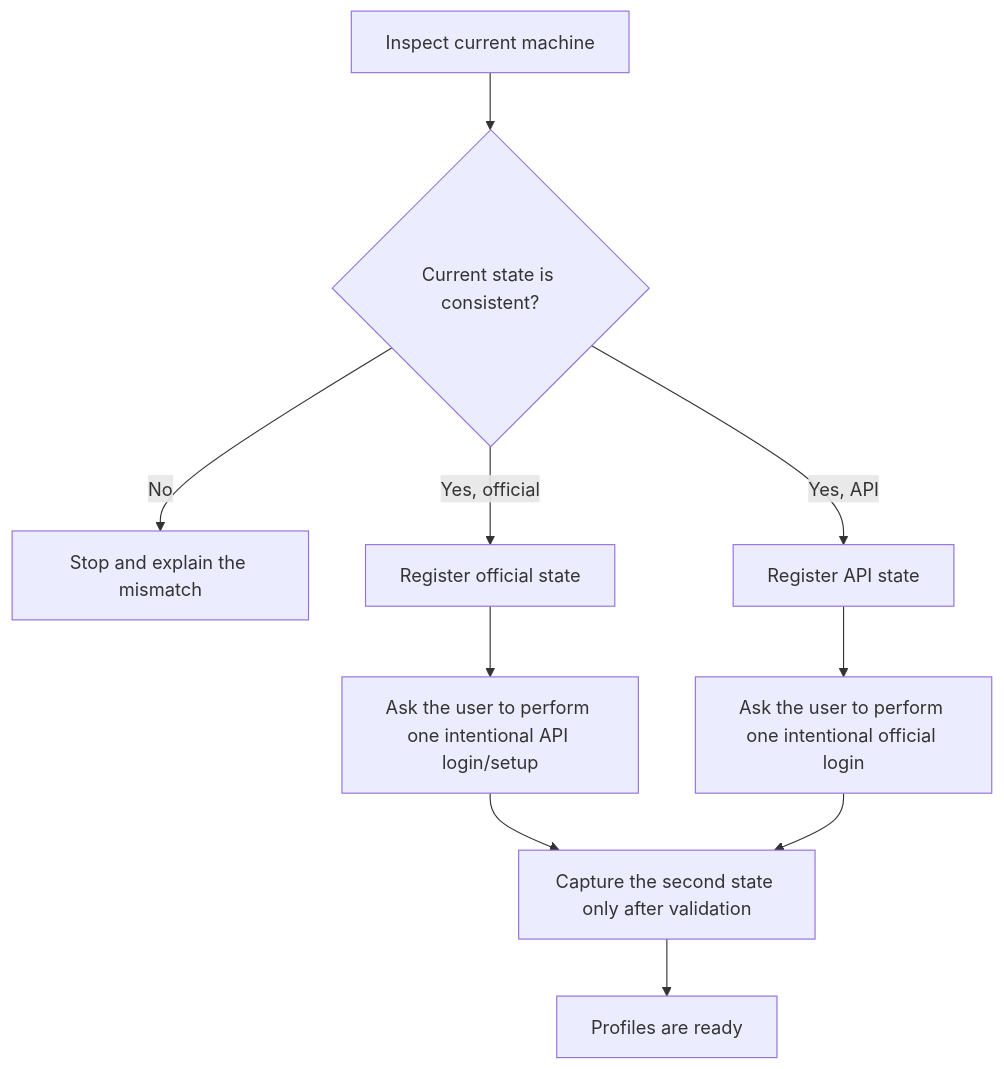
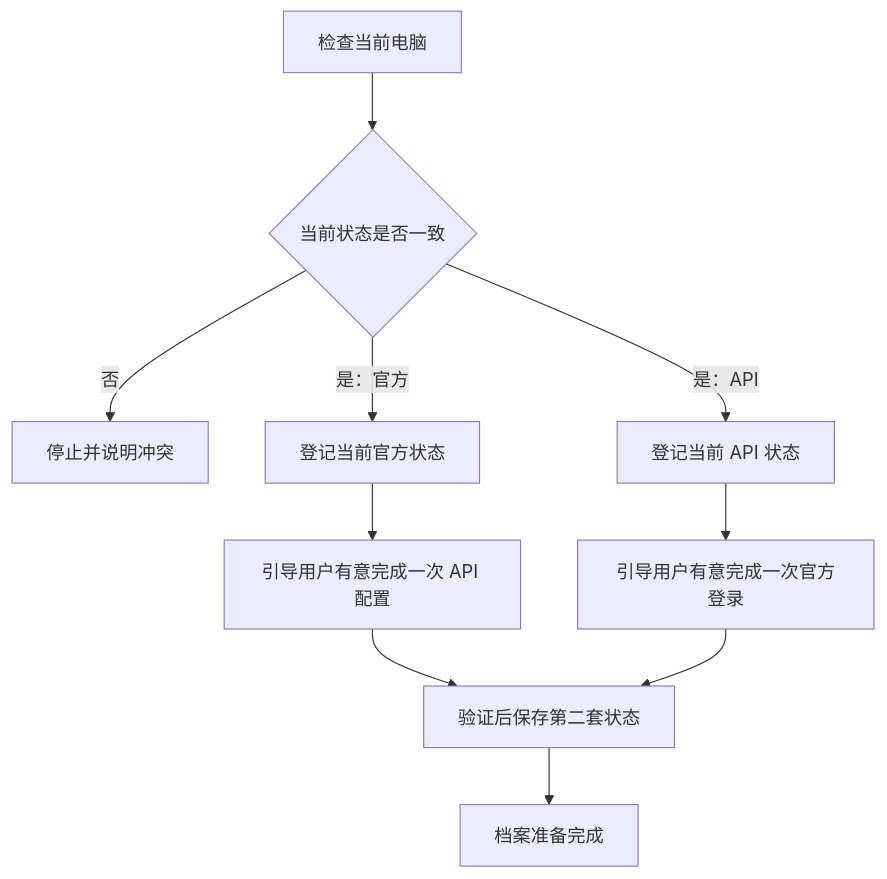
Before and after one commit to IIMovoMII/codex-auth-switching-field-guide: the second of 2 diagrams in README.md, drawn with Mermaid. The commit also changed other lines of this file and 28 other files, not shown here.

```diff
--- a/README.md
+++ b/README.md
@@ -108,12 +115,12 @@
 ~~~mermaid
 flowchart TD
-    S[Inspect current machine] --> K{Current state is consistent?}
-    K -->|No| X[Stop and explain the mismatch]
-    K -->|Yes, official| O[Register official state]
-    K -->|Yes, API| A[Register API state]
-    O --> L[Ask the user to perform one intentional API login/setup]
-    A --> L2[Ask the user to perform one intentional official login]
-    L --> P[Capture the second state only after validation]
+    S[检查当前电脑] --> K{当前状态是否一致}
+    K -->|否| X[停止并说明冲突]
+    K -->|是：官方| O[登记当前官方状态]
+    K -->|是：API| A[登记当前 API 状态]
+    O --> L[引导用户有意完成一次 API 配置]
+    A --> L2[引导用户有意完成一次官方登录]
+    L --> P[验证后保存第二套状态]
     L2 --> P
-    P --> R[Profiles are ready]
+    P --> R[档案准备完成]
 ~~~
```
